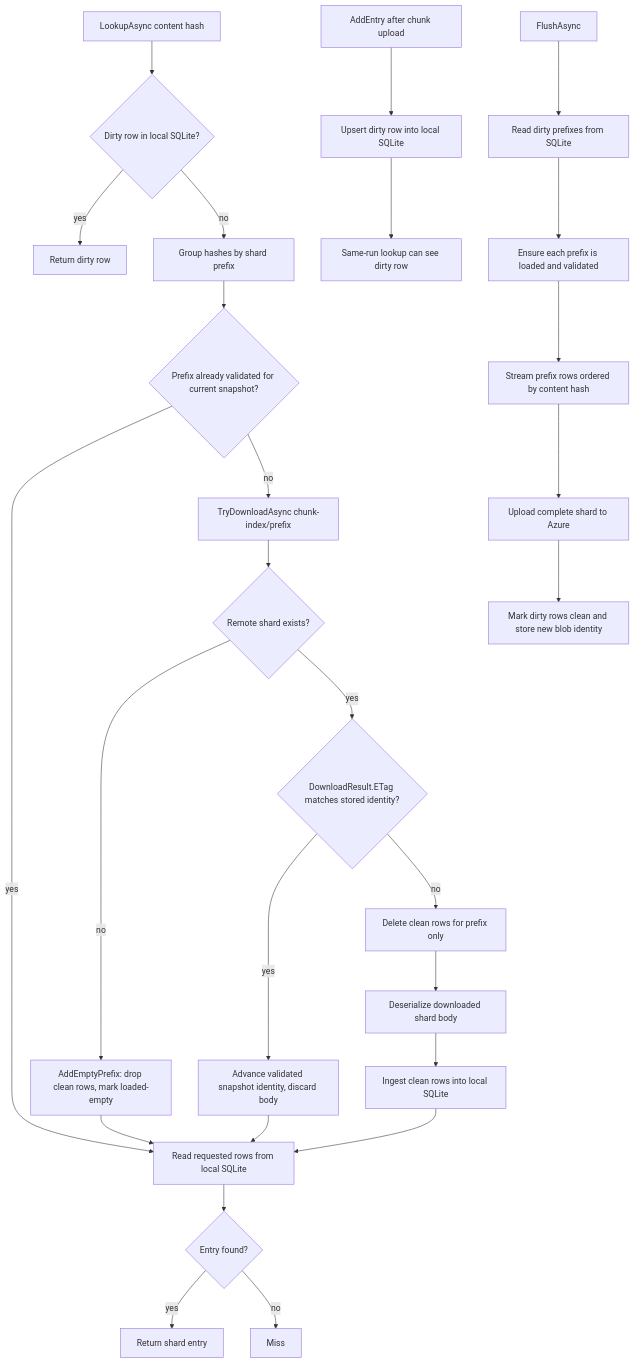
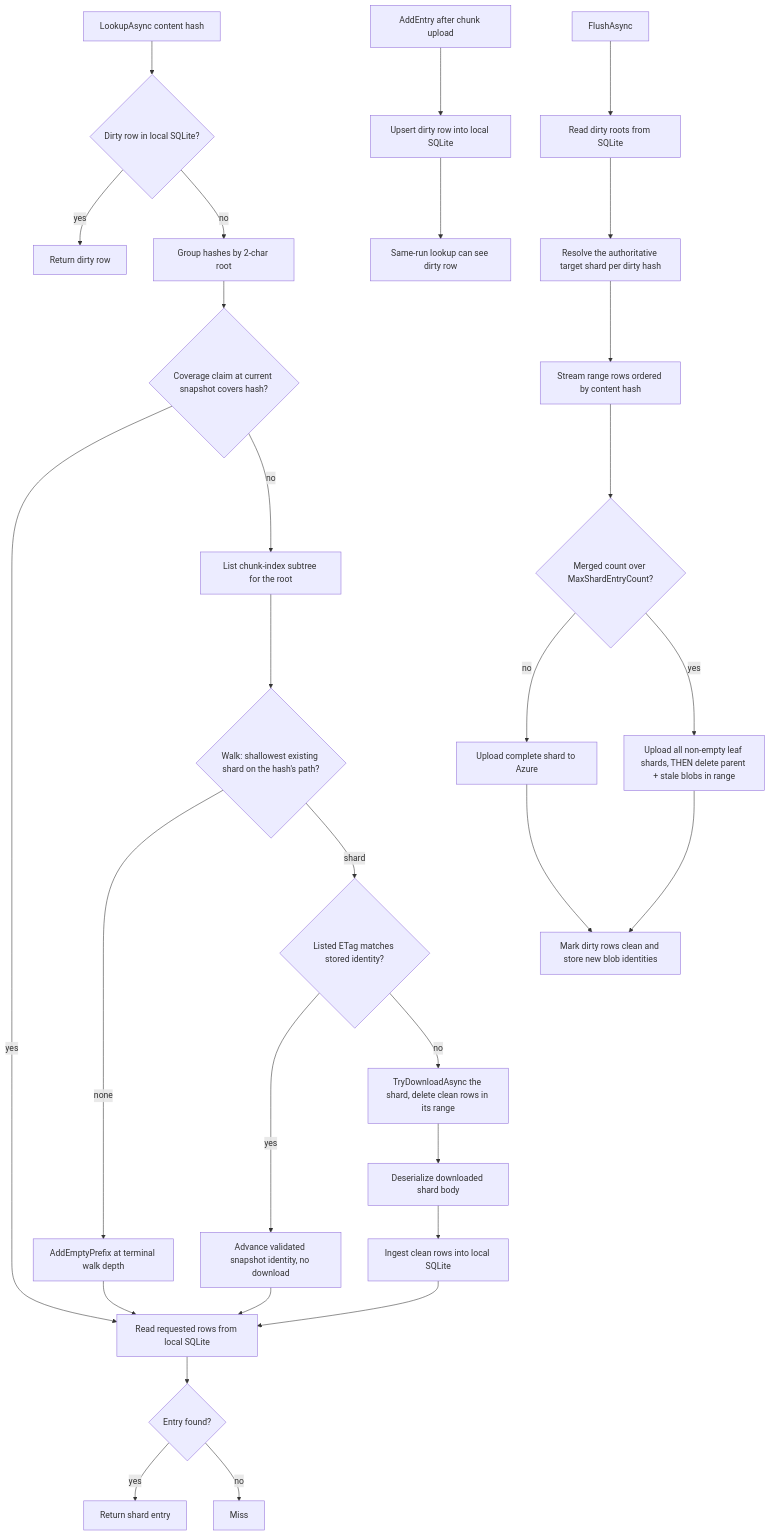
The diagram in docs/cache.md (woutervanranst/Arius7), drawn with Mermaid before and after one commit. The commit also changed other lines of this file and 1 other file, not shown here.

Commit message:
test: azurite split roundtrip; docs: dynamic shard layout in cache.md

````diff
--- a/docs/cache.md
+++ b/docs/cache.md
@@ -122,30 +148,33 @@
 ```mermaid
 flowchart TD
     A[LookupAsync content hash] --> B{Dirty row in local SQLite?}
     B -->|yes| C[Return dirty row]
-    B -->|no| D[Group hashes by shard prefix]
-    D --> E{Prefix already validated for current snapshot?}
+    B -->|no| D[Group hashes by 2-char root]
+    D --> E{Coverage claim at current snapshot covers hash?}
     E -->|yes| F[Read requested rows from local SQLite]
-    E -->|no| G[TryDownloadAsync chunk-index/prefix]
-    G --> H{Remote shard exists?}
-    H -->|no| H2[AddEmptyPrefix: drop clean rows, mark loaded-empty]
+    E -->|no| G[List chunk-index subtree for the root]
+    G --> H{Walk: shallowest existing shard on the hash's path?}
+    H -->|none| H2[AddEmptyPrefix at terminal walk depth]
     H2 --> F
-    H -->|yes| H3{DownloadResult.ETag matches stored identity?}
-    H3 -->|yes| I[Advance validated snapshot identity, discard body]
+    H -->|shard| H3{Listed ETag matches stored identity?}
+    H3 -->|yes| I[Advance validated snapshot identity, no download]
     I --> F
-    H3 -->|no| J[Delete clean rows for prefix only]
+    H3 -->|no| J[TryDownloadAsync the shard, delete clean rows in its range]
     J --> K[Deserialize downloaded shard body]
     K --> L[Ingest clean rows into local SQLite]
     L --> F
     F --> M{Entry found?}
     M -->|yes| N[Return shard entry]
     M -->|no| O[Miss]
 
     P[AddEntry after chunk upload] --> Q[Upsert dirty row into local SQLite]
     Q --> R[Same-run lookup can see dirty row]
-    S[FlushAsync] --> T[Read dirty prefixes from SQLite]
-    T --> U[Ensure each prefix is loaded and validated]
-    U --> V[Stream prefix rows ordered by content hash]
-    V --> W[Upload complete shard to Azure]
-    W --> X[Mark dirty rows clean and store new blob identity]
+    S[FlushAsync] --> T[Read dirty roots from SQLite]
+    T --> U[Resolve the authoritative target shard per dirty hash]
+    U --> V[Stream range rows ordered by content hash]
+    V --> W{Merged count over MaxShardEntryCount?}
+    W -->|no| W1[Upload complete shard to Azure]
+    W -->|yes| W2[Upload all non-empty leaf shards, THEN delete parent + stale blobs in range]
+    W1 --> X[Mark dirty rows clean and store new blob identities]
+    W2 --> X
 ```
````
